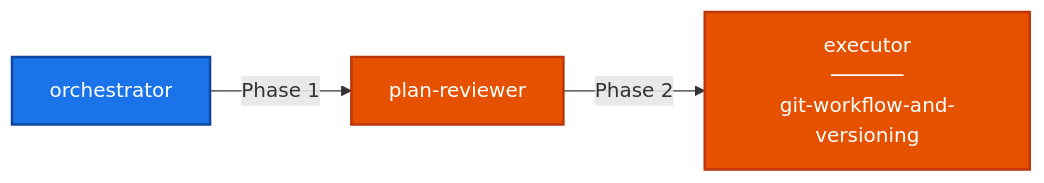
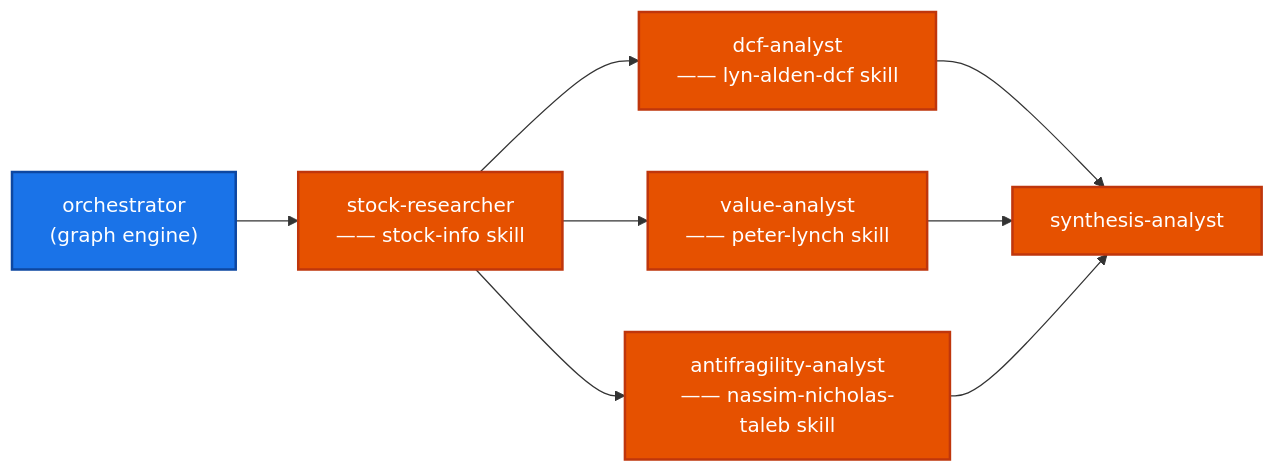
The fifth of 6 diagrams in WORKFLOW.md (OliverEsoterik/fleet-management), drawn with Mermaid before and after one commit. The commit also changed other lines of this file and 19 other files, not shown here.

Commit message:
refactor to graph

````diff
--- a/WORKFLOW.md
+++ b/WORKFLOW.md
@@ -117,15 +161,24 @@
 ```mermaid
 flowchart LR
   classDef skill fill:#1a73e8,color:#fff,stroke:#0d47a1,stroke-width:2px
-  classDef subagent fill:#e65100,color:#fff,stroke:#bf360c,stroke-width:2px
+  classDef node fill:#e65100,color:#fff,stroke:#bf360c,stroke-width:2px
 
-  orchestrator["orchestrator"]
-  planReviewer["plan-reviewer"]
-  executor["executor<br/>──────<br/>git-workflow-and-versioning"]
+  orchestrator["orchestrator\n(graph engine)"]
 
-  orchestrator -->|Phase 1| planReviewer
-  planReviewer -->|Phase 2| executor
+  stockResearcher["stock-researcher\n—— stock-info skill"]
+  dcf["dcf-analyst\n—— lyn-alden-dcf skill"]
+  peter["value-analyst\n—— peter-lynch skill"]
+  taleb["antifragility-analyst\n—— nassim-nicholas-taleb skill"]
+  synthesis["synthesis-analyst"]
+
+  orchestrator --> stockResearcher
+  stockResearcher --> dcf
+  stockResearcher --> peter
+  stockResearcher --> taleb
+  dcf --> synthesis
+  peter --> synthesis
+  taleb --> synthesis
 
   class orchestrator skill
-  class planReviewer,executor subagent
+  class stockResearcher,dcf,peter,taleb,synthesis node
 ```
````
